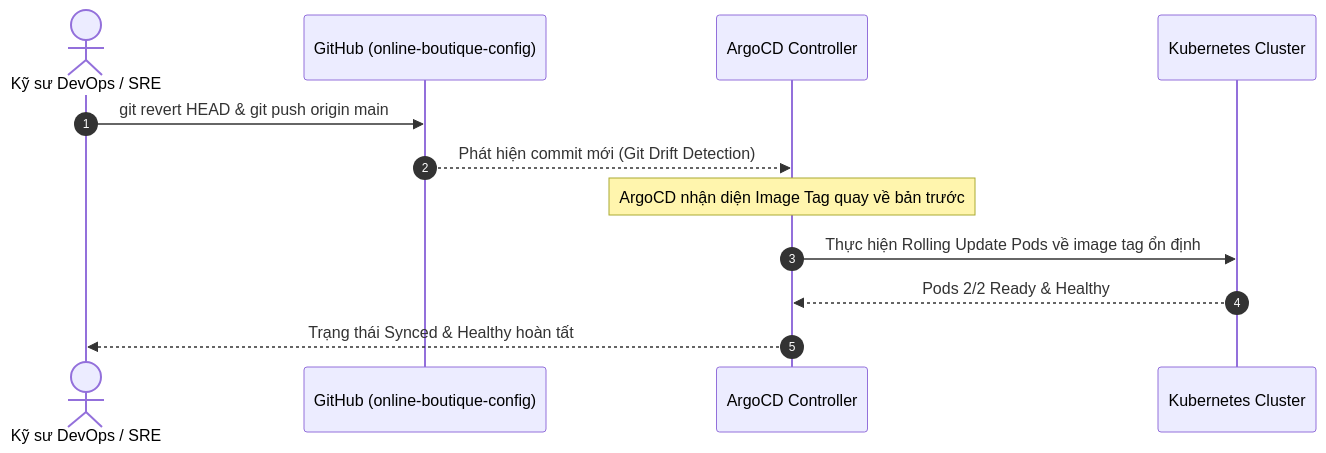
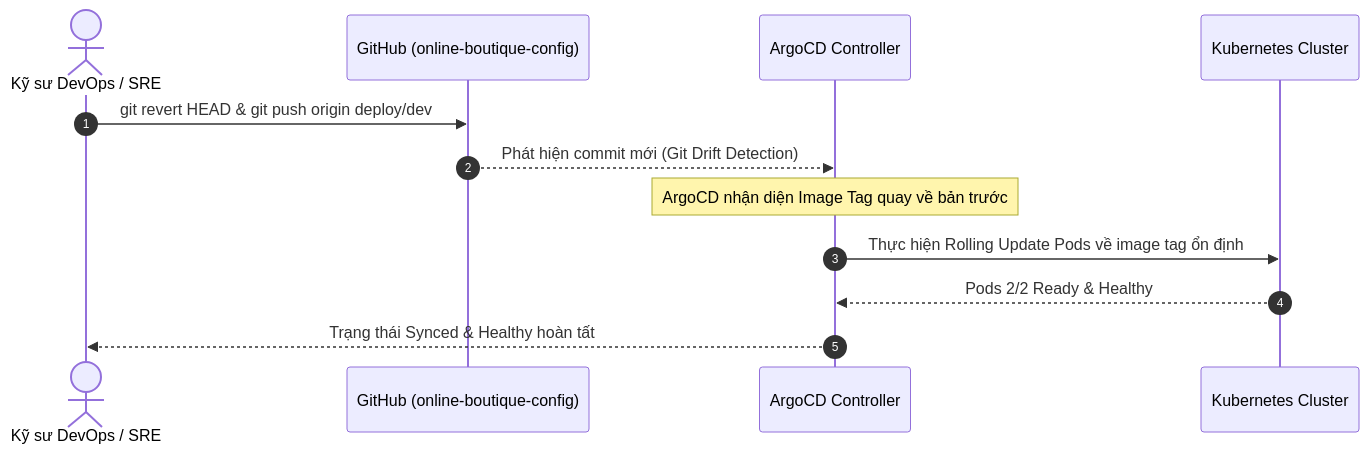
The second of 3 diagrams in devops/runbooks/rollback.md (online-boutique-application-demo/online-boutique-app), drawn with Mermaid before and after one commit. The commit also changed other lines of this file and 35 other files, not shown here.

````diff
--- a/devops/runbooks/rollback.md
+++ b/devops/runbooks/rollback.md
@@ -60,15 +78,15 @@
 ```mermaid
 sequenceDiagram
     autonumber
     actor DevOps as Kỹ sư DevOps / SRE
     participant CfgRepo as GitHub (online-boutique-config)
     participant Argo as ArgoCD Controller
     participant K8s as Kubernetes Cluster
 
-    DevOps->>CfgRepo: git revert HEAD & git push origin main
+    DevOps->>CfgRepo: git revert HEAD & git push origin deploy/dev
     CfgRepo-->>Argo: Phát hiện commit mới (Git Drift Detection)
     Note over Argo: ArgoCD nhận diện Image Tag quay về bản trước
     Argo->>K8s: Thực hiện Rolling Update Pods về image tag ổn định
     K8s-->>Argo: Pods 2/2 Ready & Healthy
     Argo-->>DevOps: Trạng thái Synced & Healthy hoàn tất
 ```
````
